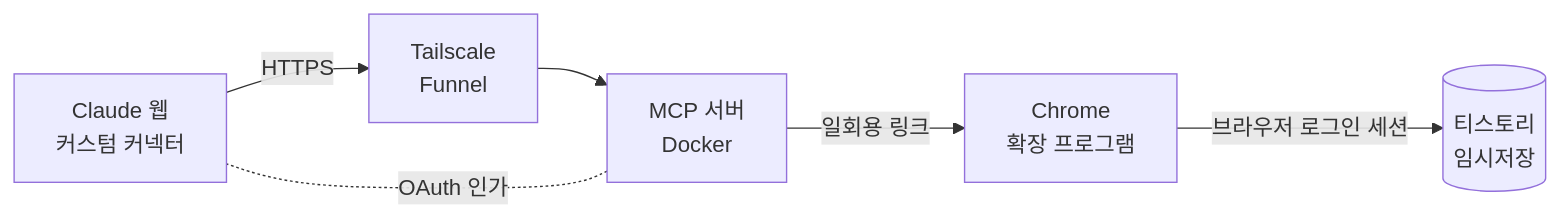
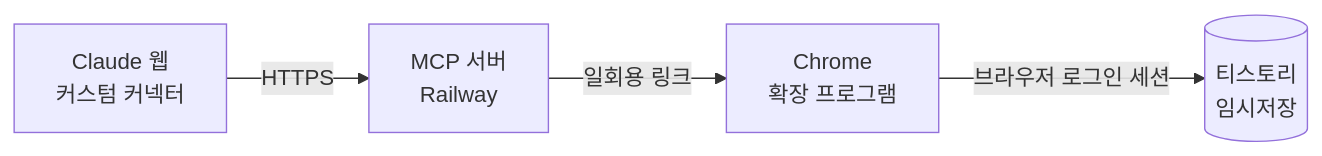
One commit to euiseok00/mcp-tistory changed the diagram in README.md. Above: the diagram before and after it, drawn with Mermaid. The commit also changed other lines of this file and 17 other files, not shown here.

First line of the commit message:
feat: Railway 공개 전환 (OAuth 제거, 개인정보처리방침, Claude 대역 요청 제한)

````diff
--- a/README.md
+++ b/README.md
@@ -44,8 +44,6 @@
 ```mermaid
 flowchart LR
-    A[Claude 웹<br/>커스텀 커넥터] -- HTTPS --> B[Tailscale<br/>Funnel]
-    B --> C[MCP 서버<br/>Docker]
-    C -. OAuth 인가 .- A
+    A[Claude 웹<br/>커스텀 커넥터] -- HTTPS --> C[MCP 서버<br/>Railway]
     C -- 일회용 링크 --> E[Chrome<br/>확장 프로그램]
     E -- 브라우저 로그인 세션 --> D[(티스토리<br/>임시저장)]
 ```
````
